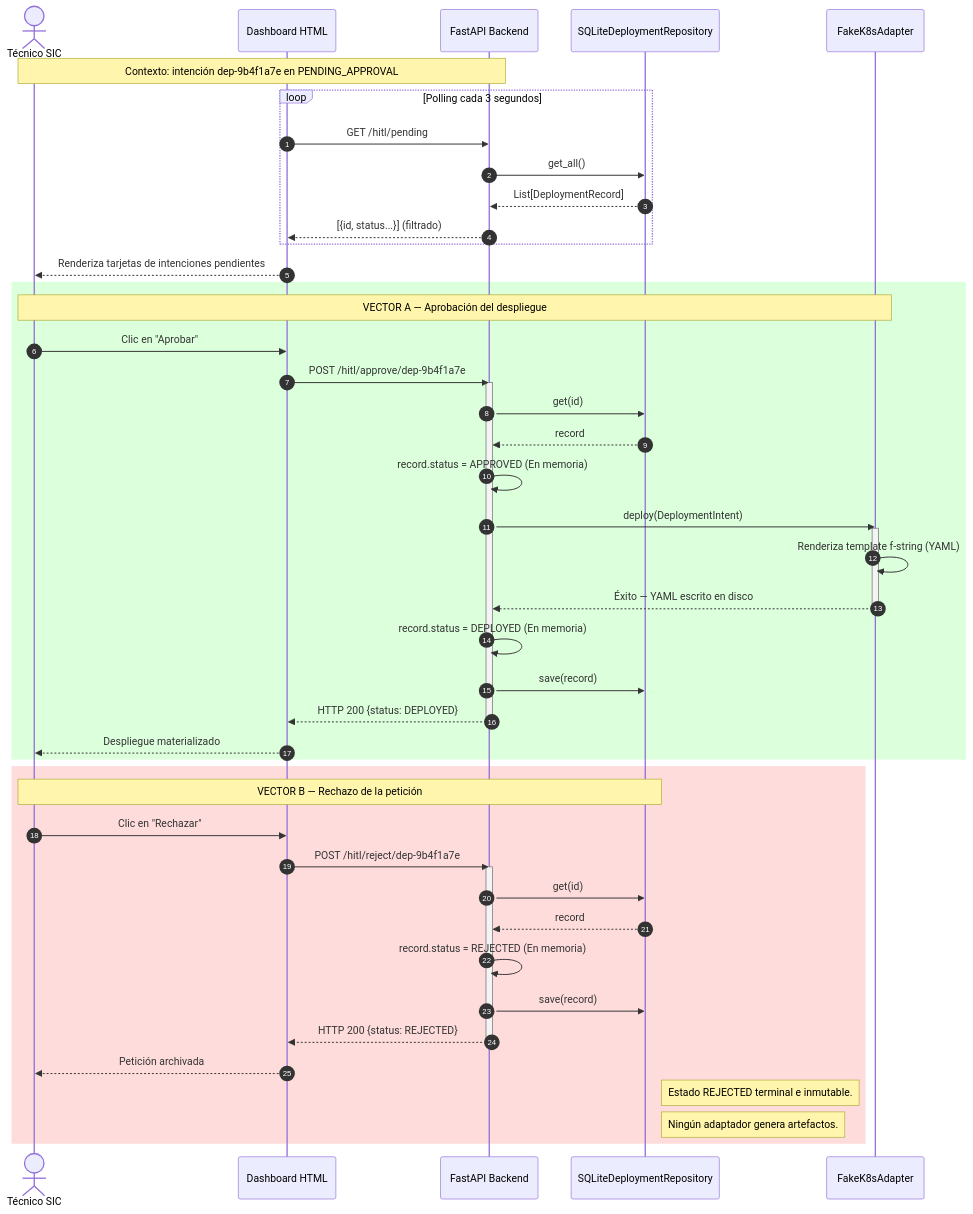
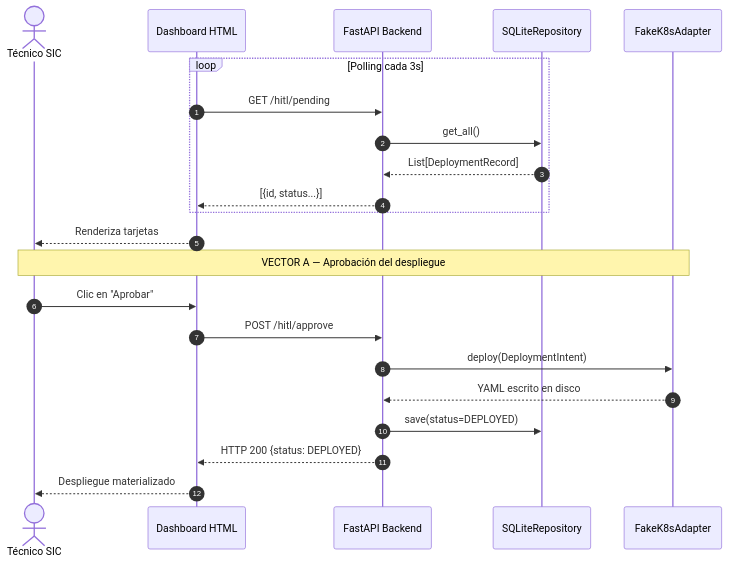
Before and after one commit to JesusSolisOrtega/agentic-deployer: the second of 3 diagrams in memoria/6_Interfaz_HITL.md, drawn with Mermaid. The commit also changed other lines of this file and 16 other files, not shown here.

Commit message:
docs: ajustes finales en diagramas y abstract

````diff
--- a/memoria/6_Interfaz_HITL.md
+++ b/memoria/6_Interfaz_HITL.md
@@ -169,55 +169,26 @@
 ```mermaid
 sequenceDiagram
   autonumber
   actor SIC as Técnico SIC
   participant Dash as Dashboard HTML
   participant API as FastAPI Backend
-  participant Store as SQLiteDeploymentRepository
+  participant Store as SQLiteRepository
   participant K8s as FakeK8sAdapter
 
-  Note over SIC,API: Contexto: intención dep-9b4f1a7e en PENDING_APPROVAL
-
-  loop Polling cada 3 segundos
+  loop Polling cada 3s
     Dash->>API: GET /hitl/pending
     API->>Store: get_all()
     Store-->>API: List[DeploymentRecord]
-    API-->>Dash: [{id, status...}] (filtrado)
+    API-->>Dash: [{id, status...}]
   end
-  Dash-->>SIC: Renderiza tarjetas de intenciones pendientes
+  Dash-->>SIC: Renderiza tarjetas
 
-  rect rgb(220, 255, 220)
-    Note over SIC,K8s: VECTOR A — Aprobación del despliegue
-    SIC->>Dash: Clic en "Aprobar"
-    Dash->>API: POST /hitl/approve/dep-9b4f1a7e
-    activate API
-    API->>Store: get(id)
-    Store-->>API: record
-    API->>API: record.status = APPROVED (En memoria)
-    API->>K8s: deploy(DeploymentIntent)
-    activate K8s
-    K8s->>K8s: Renderiza template f-string (YAML)
-    K8s-->>API: Éxito — YAML escrito en disco
-    deactivate K8s
-    API->>API: record.status = DEPLOYED (En memoria)
-    API->>Store: save(record)
-    API-->>Dash: HTTP 200 {status: DEPLOYED}
-    deactivate API
-    Dash-->>SIC: Despliegue materializado
-  end
-
-  rect rgb(255, 220, 220)
-    Note over SIC,Store: VECTOR B — Rechazo de la petición
-    SIC->>Dash: Clic en "Rechazar"
-    Dash->>API: POST /hitl/reject/dep-9b4f1a7e
-    activate API
-    API->>Store: get(id)
-    Store-->>API: record
-    API->>API: record.status = REJECTED (En memoria)
-    API->>Store: save(record)
-    API-->>Dash: HTTP 200 {status: REJECTED}
-    deactivate API
-    Dash-->>SIC: Petición archivada
-    Note right of Store: Estado REJECTED terminal e inmutable.
-    Note right of Store: Ningún adaptador genera artefactos.
-  end
+  Note over SIC,K8s: VECTOR A — Aprobación del despliegue
+  SIC->>Dash: Clic en "Aprobar"
+  Dash->>API: POST /hitl/approve
+  API->>K8s: deploy(DeploymentIntent)
+  K8s-->>API: YAML escrito en disco
+  API->>Store: save(status=DEPLOYED)
+  API-->>Dash: HTTP 200 {status: DEPLOYED}
+  Dash-->>SIC: Despliegue materializado
 ```
````
